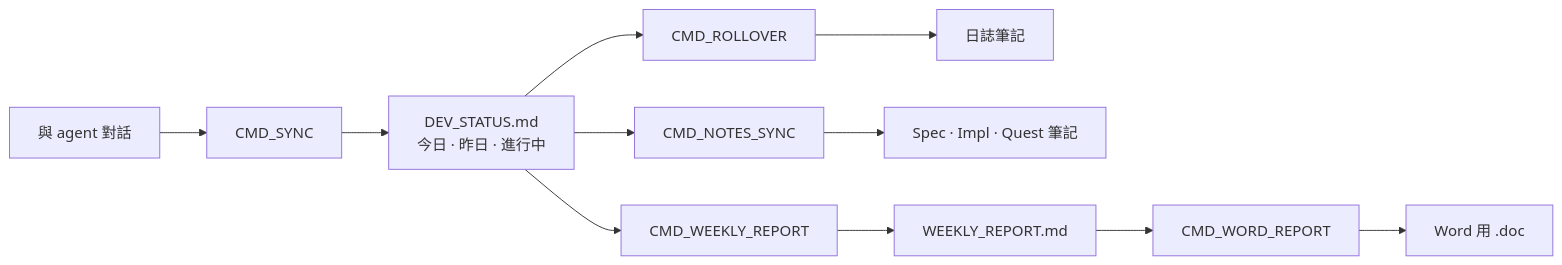
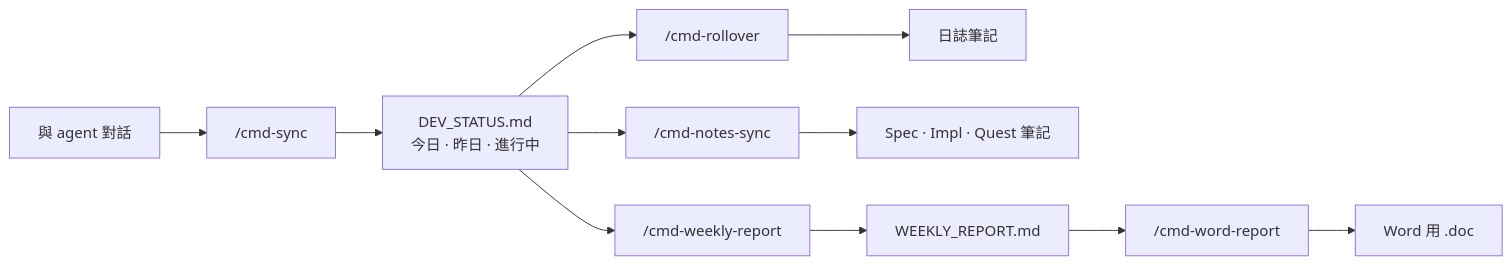
The second of 6 diagrams in README.zh-TW.md (zelvet-velvet/agent-worklog-vault), drawn with Mermaid before and after one commit. The commit also changed other lines of this file and 16 other files, not shown here.

````diff
--- a/README.zh-TW.md
+++ b/README.zh-TW.md
@@ -48,7 +48,7 @@
 ```mermaid
 flowchart LR
-    C[與 agent 對話] --> SY[CMD_SYNC] --> S["DEV_STATUS.md<br/>今日 · 昨日 · 進行中"]
-    S --> RO[CMD_ROLLOVER] --> J[日誌筆記]
-    S --> NS[CMD_NOTES_SYNC] --> N[Spec · Impl · Quest 筆記]
-    S --> WR[CMD_WEEKLY_REPORT] --> R[WEEKLY_REPORT.md] --> WO[CMD_WORD_REPORT] --> D[Word 用 .doc]
+    C[與 agent 對話] --> SY["/cmd-sync"] --> S["DEV_STATUS.md<br/>今日 · 昨日 · 進行中"]
+    S --> RO["/cmd-rollover"] --> J[日誌筆記]
+    S --> NS["/cmd-notes-sync"] --> N[Spec · Impl · Quest 筆記]
+    S --> WR["/cmd-weekly-report"] --> R[WEEKLY_REPORT.md] --> WO["/cmd-word-report"] --> D[Word 用 .doc]
 ```
````
